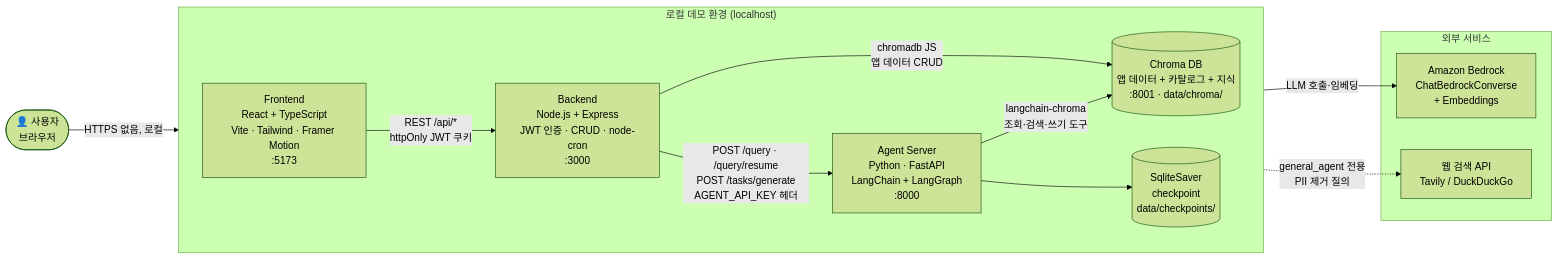
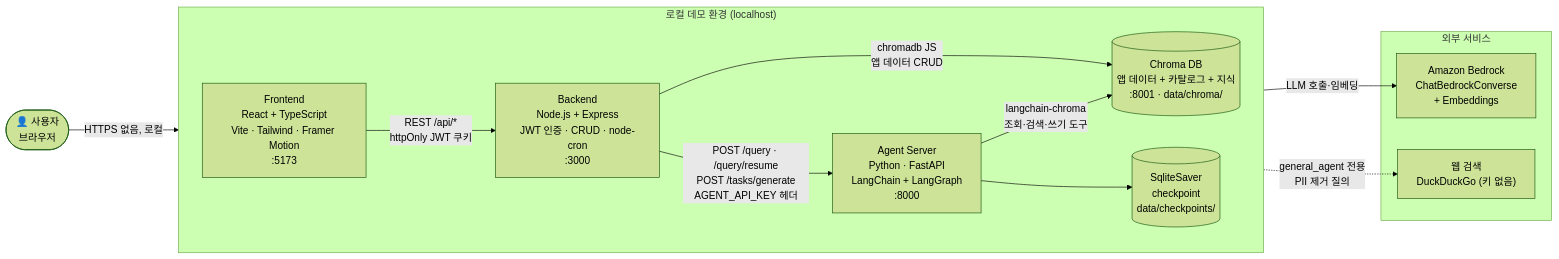
Before and after one commit to kfanfanbT9/dailypet: the first of 10 diagrams in doc/Arch-Diagram.md, drawn with Mermaid (forest theme). The commit also changed 44 other files, not shown here.

````diff
--- a/doc/Arch-Diagram.md
+++ b/doc/Arch-Diagram.md
@@ -23,27 +23,27 @@
 ```mermaid
 flowchart LR
     User(["👤 사용자<br/>브라우저"])
 
     subgraph Local["로컬 데모 환경 (localhost)"]
         direction LR
         FE["Frontend<br/>React + TypeScript<br/>Vite · Tailwind · Framer Motion<br/>:5173"]
         BE["Backend<br/>Node.js + Express<br/>JWT 인증 · CRUD · node-cron<br/>:3000"]
         AG["Agent Server<br/>Python · FastAPI<br/>LangChain + LangGraph<br/>:8000"]
         DB[("Chroma DB<br/>앱 데이터 + 카탈로그 + 지식<br/>:8001 · data/chroma/")]
         CP[("SqliteSaver<br/>checkpoint<br/>data/checkpoints/")]
     end
 
     subgraph External["외부 서비스"]
         LLM["Amazon Bedrock<br/>ChatBedrockConverse<br/>+ Embeddings"]
-        WEB["웹 검색 API<br/>Tavily / DuckDuckGo"]
+        WEB["웹 검색<br/>DuckDuckGo (키 없음)"]
     end
 
     User -->|HTTPS 없음, 로컬| FE
     FE -->|"REST /api/*<br/>httpOnly JWT 쿠키"| BE
     BE -->|"POST /query · /query/resume<br/>POST /tasks/generate<br/>AGENT_API_KEY 헤더"| AG
     BE -->|"chromadb JS<br/>앱 데이터 CRUD"| DB
     AG -->|"langchain-chroma<br/>조회·검색·쓰기 도구"| DB
     AG --> CP
     AG -->|LLM 호출·임베딩| LLM
     AG -.->|"general_agent 전용<br/>PII 제거 질의"| WEB
 ```
````
